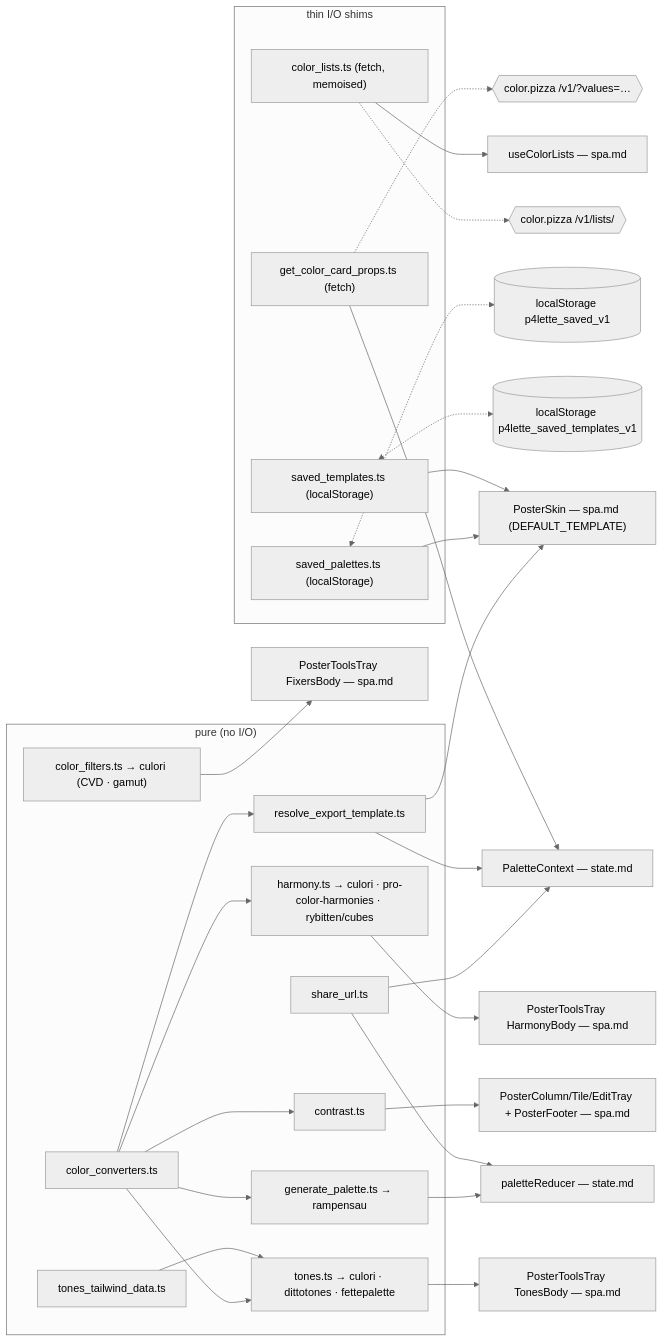
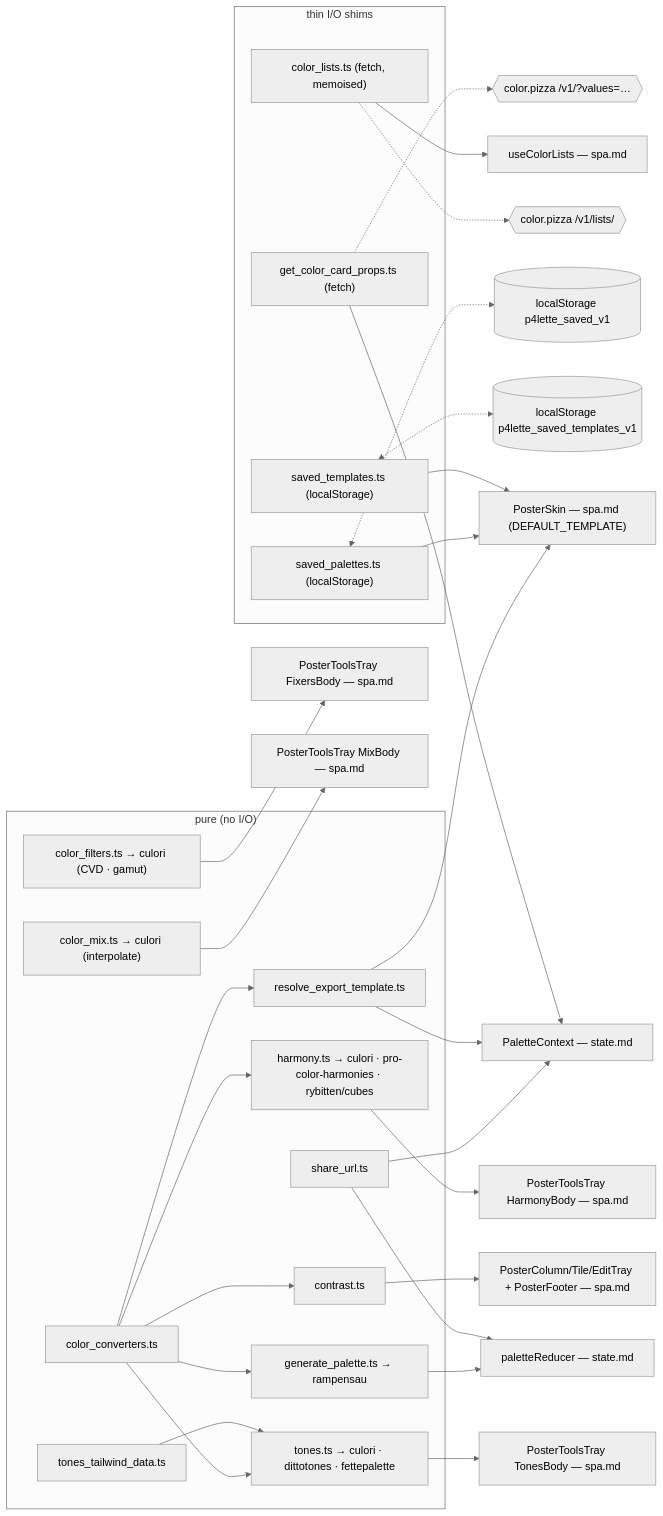
The diagram in SPEC/CURRENT/color.md (p4stoboy/p4lette), drawn with Mermaid (neutral theme) before and after one commit. The commit also changed other lines of this file and 6 other files, not shown here.

First line of the commit message:
feat(tools): MIX section — interpolate between two swatches (culori)

````diff
--- a/SPEC/CURRENT/color.md
+++ b/SPEC/CURRENT/color.md
@@ -309,39 +326,41 @@
 ```mermaid
 flowchart LR
   subgraph pure["pure (no I/O)"]
     cc["color_converters.ts"]
     gp["generate_palette.ts → rampensau"]
     hm["harmony.ts → culori · pro-color-harmonies · rybitten/cubes"]
     tn["tones.ts → culori · dittotones · fettepalette"]
     cf["color_filters.ts → culori (CVD · gamut)"]
+    mx["color_mix.ts → culori (interpolate)"]
     td["tones_tailwind_data.ts"]
     ct["contrast.ts"]
     rt["resolve_export_template.ts"]
     su["share_url.ts"]
   end
   subgraph io["thin I/O shims"]
     gcn["get_color_card_props.ts (fetch)"]
     cl["color_lists.ts (fetch, memoised)"]
     sp["saved_palettes.ts (localStorage)"]
     st["saved_templates.ts (localStorage)"]
   end
   cc --> gp & hm & tn & ct & rt
   td --> tn
   gp --> red["paletteReducer — state.md"]
   su --> red
   su --> pctx["PaletteContext — state.md"]
   rt --> pctx
   gcn --> pctx
   rt --> skin["PosterSkin — spa.md (DEFAULT_TEMPLATE)"]
   hm --> hd["PosterToolsTray HarmonyBody — spa.md"]
   tn --> tld["PosterToolsTray TonesBody — spa.md"]
   cf --> ttf["PosterToolsTray FixersBody — spa.md"]
+  mx --> mxb["PosterToolsTray MixBody — spa.md"]
   ct --> swatch["PosterColumn/Tile/EditTray + PosterFooter — spa.md"]
   cl --> ucl["useColorLists — spa.md"]
   sp --> skin
   st --> skin
   gcn -.-> pizza1{{"color.pizza /v1/?values=…"}}
   cl -.-> pizza2{{"color.pizza /v1/lists/"}}
   sp <-.-> ls1[("localStorage p4lette_saved_v1")]
   st <-.-> ls2[("localStorage p4lette_saved_templates_v1")]
 ```
````
